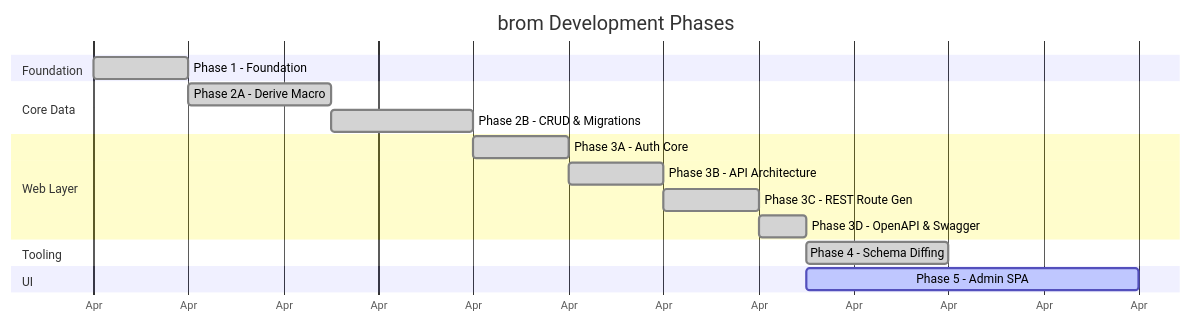
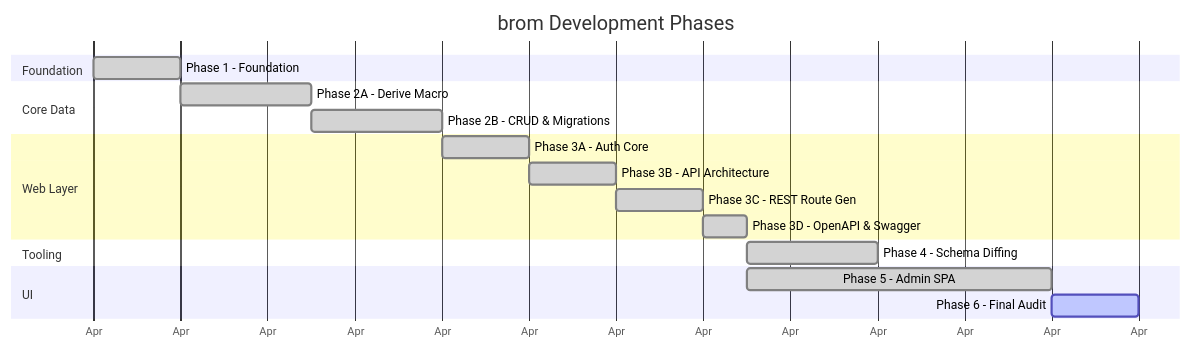
Before and after one commit to wends155/brom: the first of 2 diagrams in roadmap.md, drawn with Mermaid. The commit also changed other lines of this file and 7 other files, not shown here.

Commit message:
feat(admin): closeout Phase 5B - dynamic forms, navigation, and real API key management

````diff
--- a/roadmap.md
+++ b/roadmap.md
@@ -34,25 +34,26 @@
 ```mermaid
 gantt
     title brom Development Phases
     dateFormat YYYY-MM-DD
     axisFormat %b
 
     section Foundation
     Phase 1 - Foundation           :done, p1, 2026-04-01, 2d
 
     section Core Data
     Phase 2A - Derive Macro        :done, p2a, after p1, 3d
     Phase 2B - CRUD & Migrations   :done, p2b, after p2a, 3d
 
     section Web Layer
     Phase 3A - Auth Core           :done, p3a, after p2b, 2d
     Phase 3B - API Architecture    :done, p3b, after p3a, 2d
     Phase 3C - REST Route Gen      :done, p3c, after p3b, 2d
     Phase 3D - OpenAPI & Swagger   :done, p3d, after p3c, 1d
 
     section Tooling
     Phase 4 - Schema Diffing       :done, p4, after p3d, 3d
 
     section UI
-    Phase 5 - Admin SPA            :active, p5, after p3d, 7d
+    Phase 5 - Admin SPA            :done, p5, after p3d, 7d
+    Phase 6 - Final Audit          :active, p6, after p5, 2d
 ```
````
